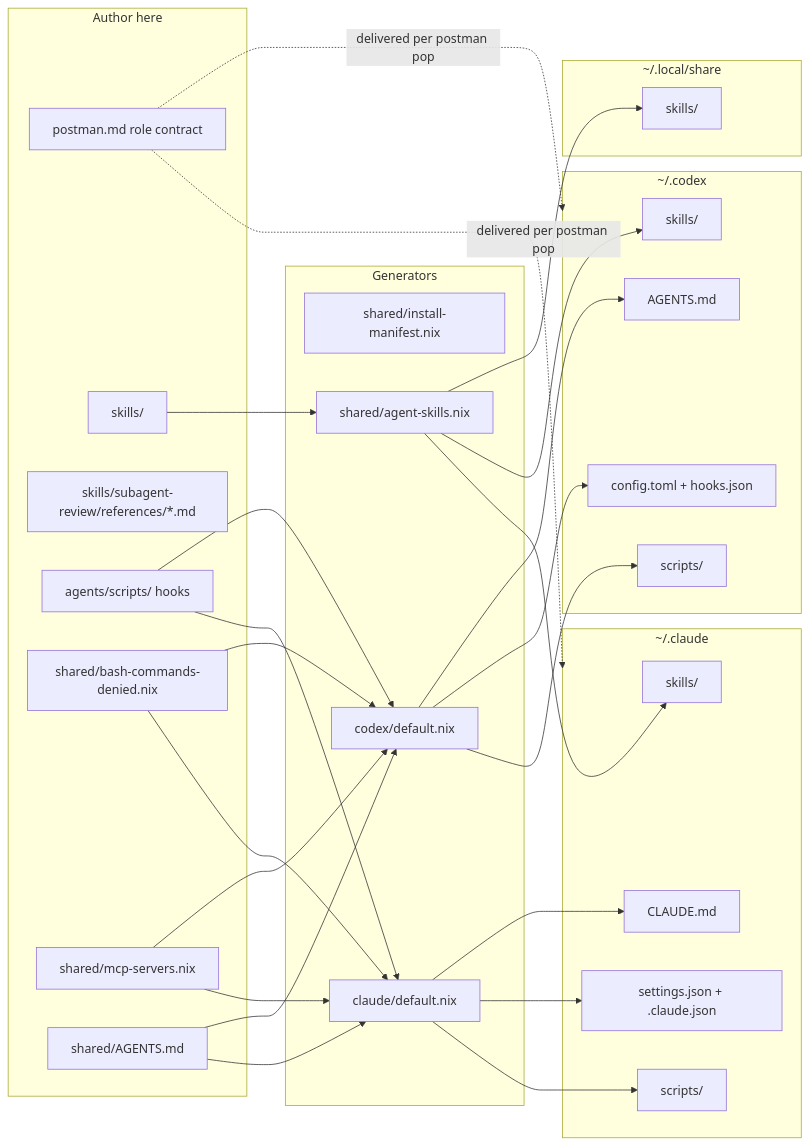
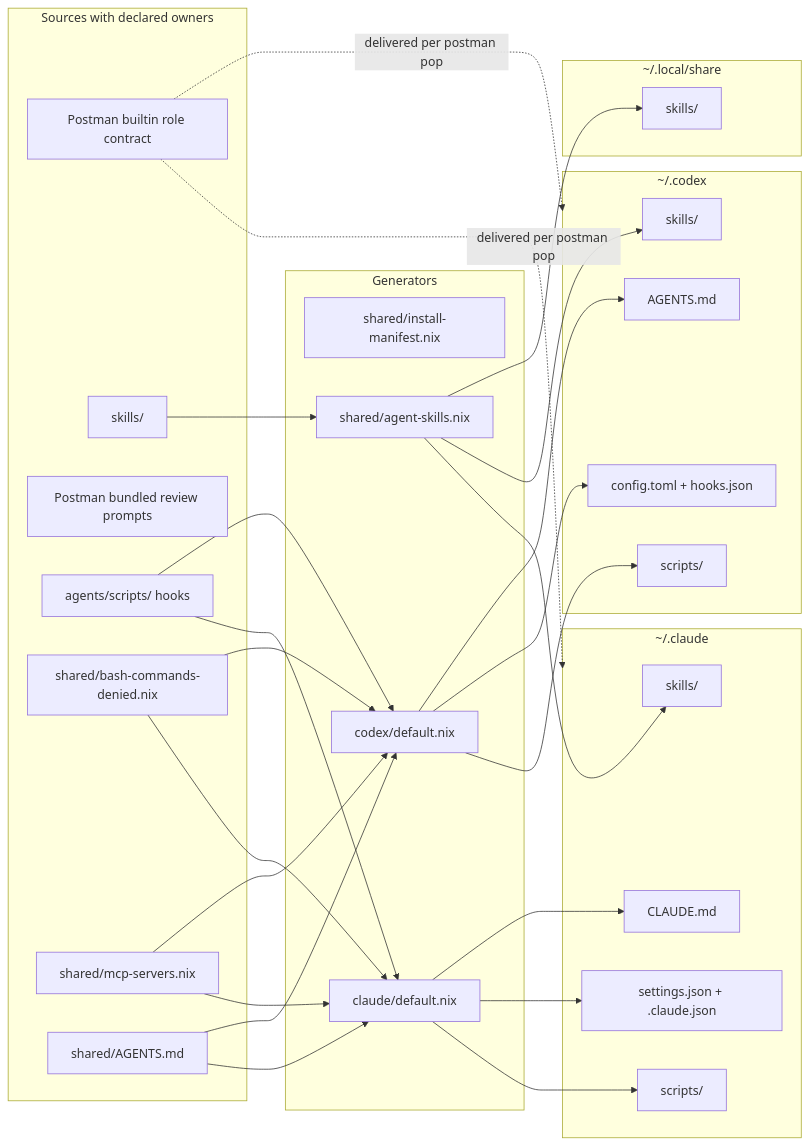
The diagram in nix/home-manager/agents/README.md (i9wa4/dotfiles), drawn with Mermaid before and after one commit. The commit also changed other lines of this file and 43 other files, not shown here.

````diff
--- a/nix/home-manager/agents/README.md
+++ b/nix/home-manager/agents/README.md
@@ -37,46 +37,46 @@
 ```mermaid
 graph LR
-    subgraph sources [Author here]
-        P[postman.md role contract]
+    subgraph sources [Sources with declared owners]
+        P[Postman builtin role contract]
         S[skills/]
-        A[skills/subagent-review/references/*.md]
+        A[Postman bundled review prompts]
         H[agents/scripts/ hooks]
         D[shared/bash-commands-denied.nix]
         M[shared/mcp-servers.nix]
         L[shared/AGENTS.md]
     end
     subgraph emitters [Generators]
         IM[shared/install-manifest.nix]
         AS[shared/agent-skills.nix]
         C[claude/default.nix]
         X[codex/default.nix]
     end
     subgraph claude [~/.claude]
         CS[skills/]
         CJ[settings.json + .claude.json]
         CH[scripts/]
         CF[CLAUDE.md]
     end
     subgraph codex [~/.codex]
         XS[skills/]
         XT[config.toml + hooks.json]
         XH[scripts/]
         XF[AGENTS.md]
     end
     subgraph references [~/.local/share]
         RS[skills/]
     end
     S --> AS --> CS
     AS --> XS
     AS --> RS
     H --> C --> CH
     H --> X --> XH
     D --> C --> CJ
     D --> X --> XT
     M --> C
     M --> X
     L --> C --> CF
     L --> X --> XF
     P -. delivered per postman pop .-> claude
     P -. delivered per postman pop .-> codex
 ```
````
